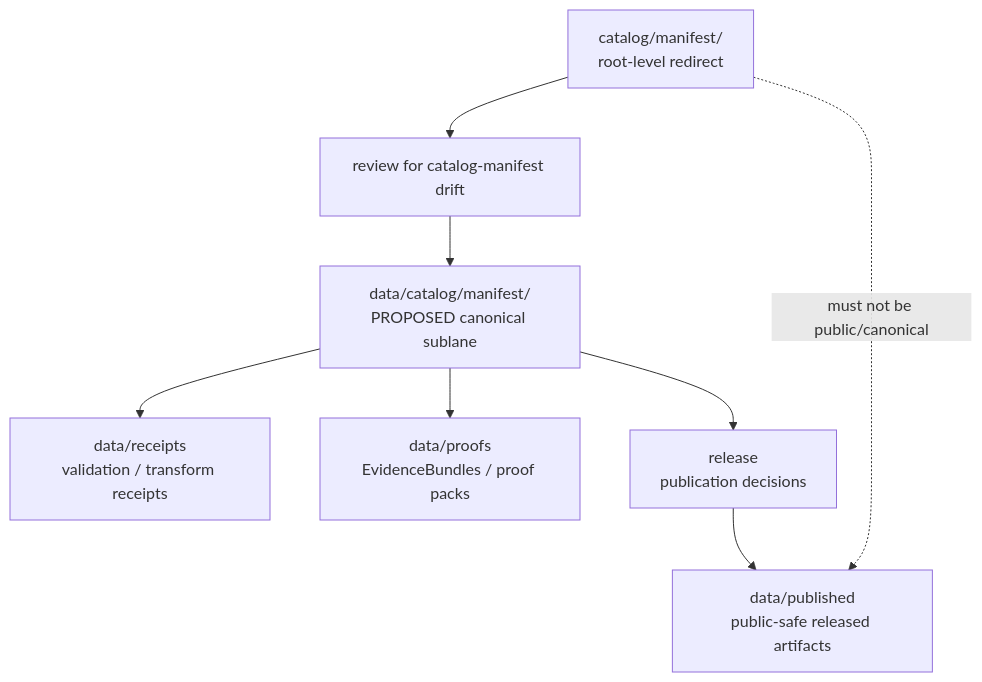
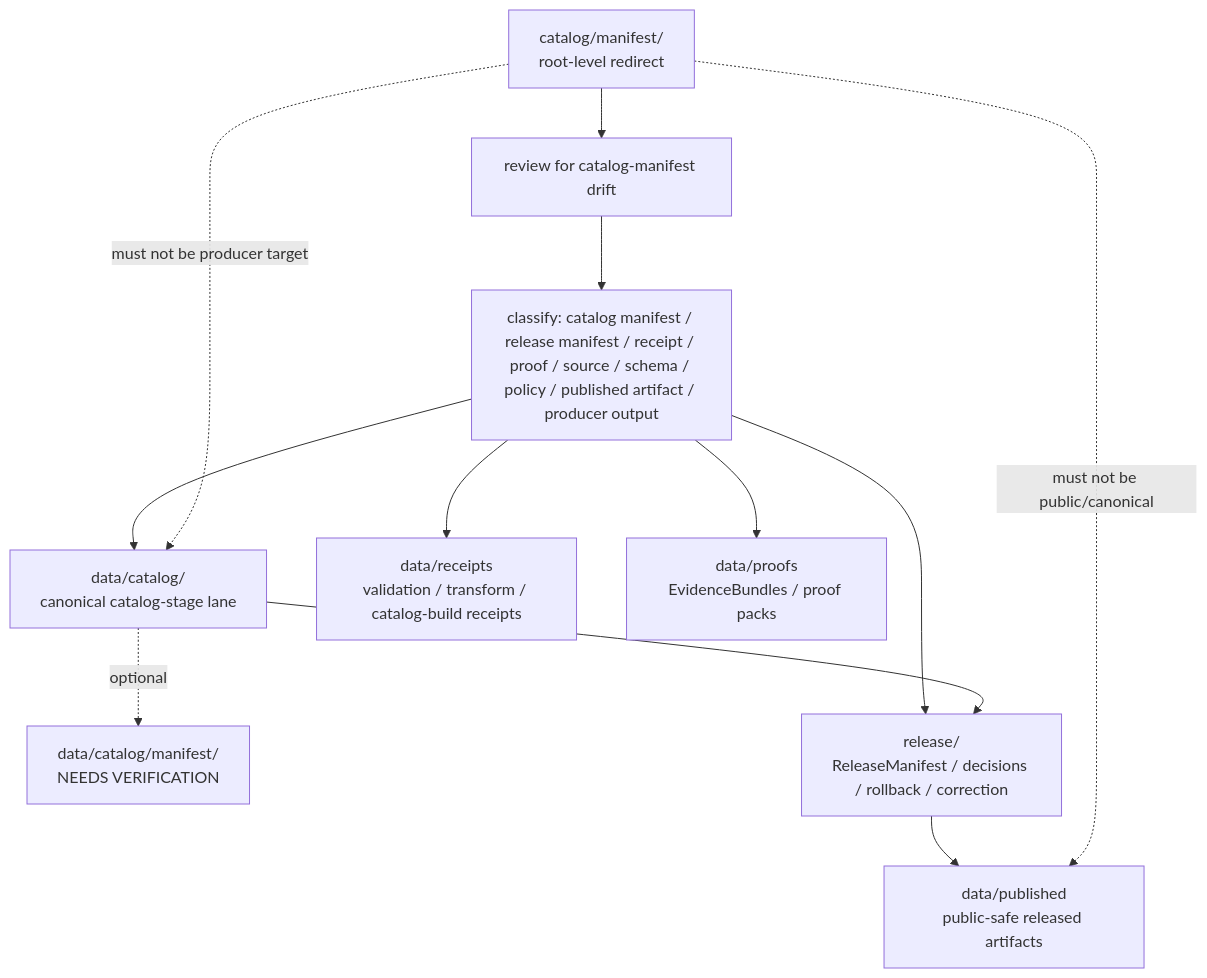
One commit to bartytime4life/Kansas-Frontier-Matrix changed the diagram in catalog/manifest/README.md. Above: the diagram before and after it, drawn with Mermaid. The commit also changed other lines of this file, not shown here.

Commit message:
docs: update catalog manifest redirect readme

````diff
--- a/catalog/manifest/README.md
+++ b/catalog/manifest/README.md
@@ -163,10 +248,14 @@
 ```mermaid
 flowchart TD
     wrong["catalog/manifest/\nroot-level redirect"] --> review["review for catalog-manifest drift"]
-    review --> canonical["data/catalog/manifest/\nPROPOSED canonical sublane"]
-    canonical --> receipts["data/receipts\nvalidation / transform receipts"]
-    canonical --> proofs["data/proofs\nEvidenceBundles / proof packs"]
-    canonical --> release["release\npublication decisions"]
+    review --> classify["classify: catalog manifest / release manifest / receipt / proof / source / schema / policy / published artifact / producer output"]
+    classify --> canonical["data/catalog/\ncanonical catalog-stage lane"]
+    canonical -. optional .-> sublane["data/catalog/manifest/\nNEEDS VERIFICATION"]
+    classify --> release["release/\nReleaseManifest / decisions / rollback / correction"]
+    classify --> receipts["data/receipts\nvalidation / transform / catalog-build receipts"]
+    classify --> proofs["data/proofs\nEvidenceBundles / proof packs"]
     release --> published["data/published\npublic-safe released artifacts"]
+    canonical --> release
     wrong -. "must not be public/canonical" .-> published
+    wrong -. "must not be producer target" .-> canonical
 ```
````
